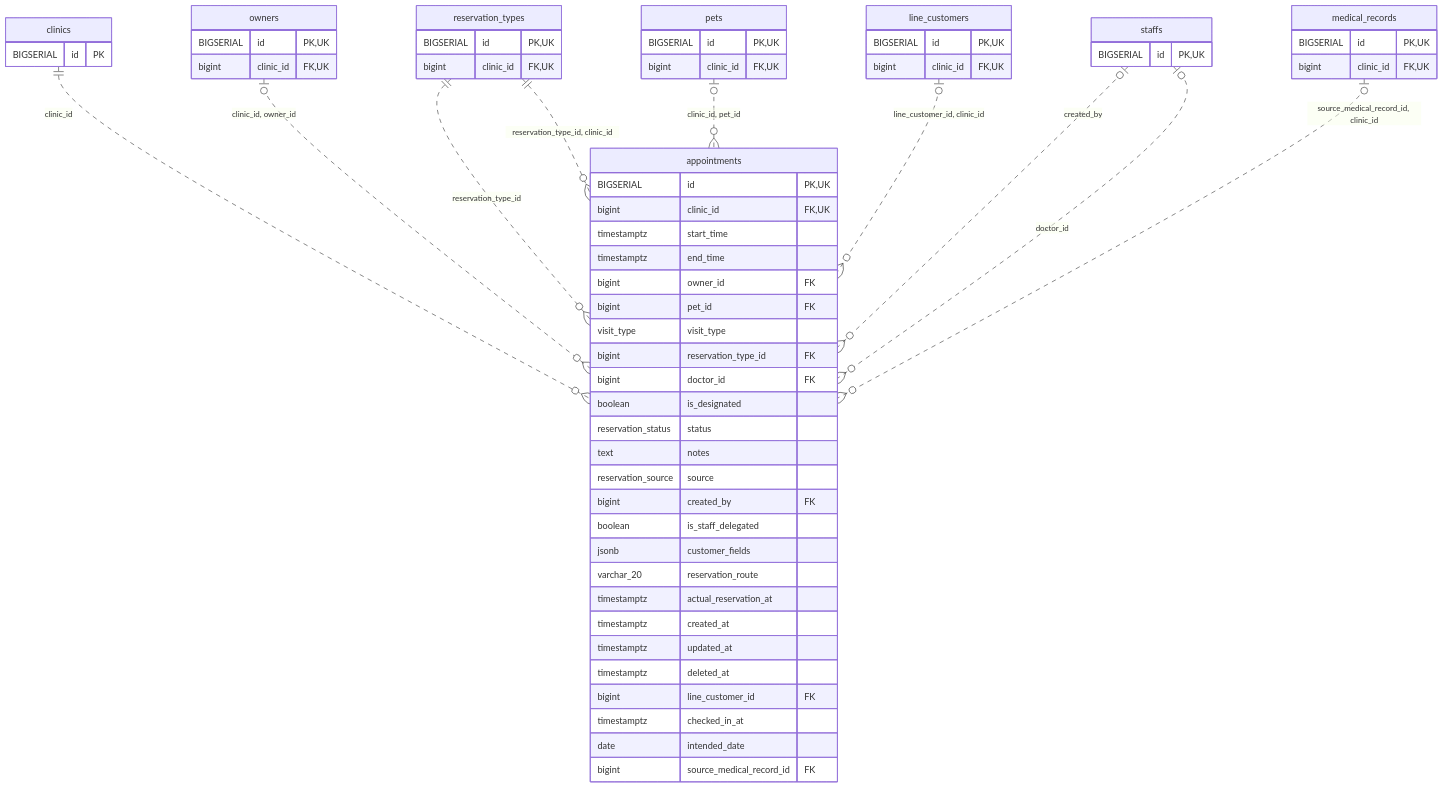
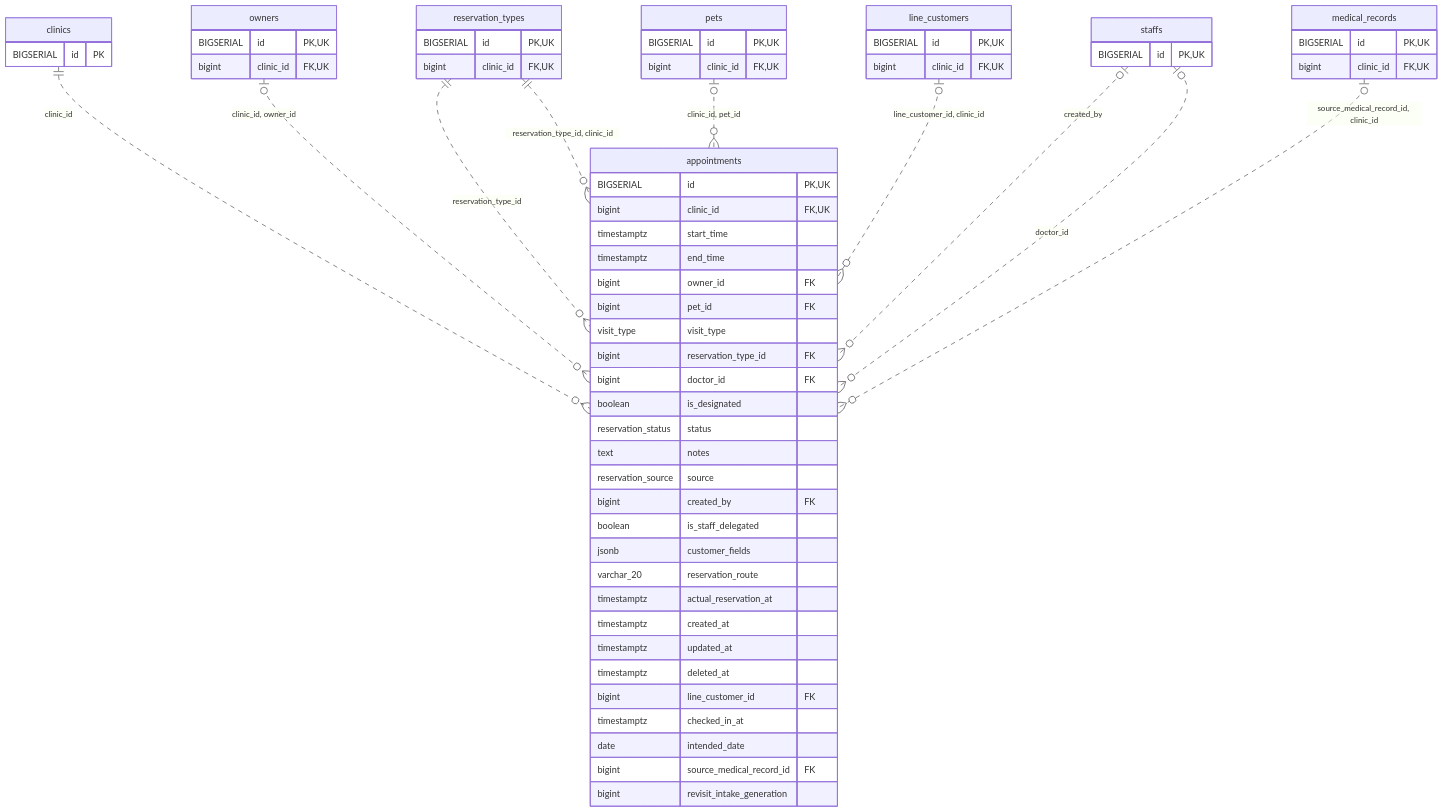
The diagram in docs/architecture/erd-detail/appointments.md (MinoruSoga/AnimalEkarte), drawn with Mermaid before and after one commit. The commit also changed other lines of this file and 51 other files, not shown here.

````diff
--- a/docs/architecture/erd-detail/appointments.md
+++ b/docs/architecture/erd-detail/appointments.md
@@ -48,65 +49,66 @@
 ```mermaid
 erDiagram
     appointments {
         BIGSERIAL id PK,UK
         bigint clinic_id FK,UK
         timestamptz start_time
         timestamptz end_time
         bigint owner_id FK
         bigint pet_id FK
         visit_type visit_type
         bigint reservation_type_id FK
         bigint doctor_id FK
         boolean is_designated
         reservation_status status
         text notes
         reservation_source source
         bigint created_by FK
         boolean is_staff_delegated
         jsonb customer_fields
         varchar_20 reservation_route
         timestamptz actual_reservation_at
         timestamptz created_at
         timestamptz updated_at
         timestamptz deleted_at
         bigint line_customer_id FK
         timestamptz checked_in_at
         date intended_date
         bigint source_medical_record_id FK
+        bigint revisit_intake_generation
     }
     clinics {
         BIGSERIAL id PK
     }
     line_customers {
         BIGSERIAL id PK,UK
         bigint clinic_id FK,UK
     }
     medical_records {
         BIGSERIAL id PK,UK
         bigint clinic_id FK,UK
     }
     owners {
         BIGSERIAL id PK,UK
         bigint clinic_id FK,UK
     }
     pets {
         BIGSERIAL id PK,UK
         bigint clinic_id FK,UK
     }
     reservation_types {
         BIGSERIAL id PK,UK
         bigint clinic_id FK,UK
     }
     staffs {
         BIGSERIAL id PK,UK
     }
     clinics ||..o{ appointments : "clinic_id"
     reservation_types ||..o{ appointments : "reservation_type_id"
     owners o|..o{ appointments : "clinic_id, owner_id"
     pets o|..o{ appointments : "clinic_id, pet_id"
     reservation_types ||..o{ appointments : "reservation_type_id, clinic_id"
     line_customers o|..o{ appointments : "line_customer_id, clinic_id"
     staffs o|..o{ appointments : "created_by"
     staffs o|..o{ appointments : "doctor_id"
     medical_records o|..o{ appointments : "source_medical_record_id, clinic_id"
 ```
````
